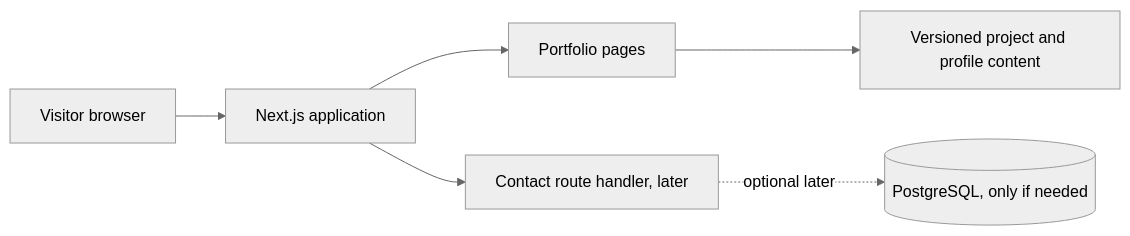
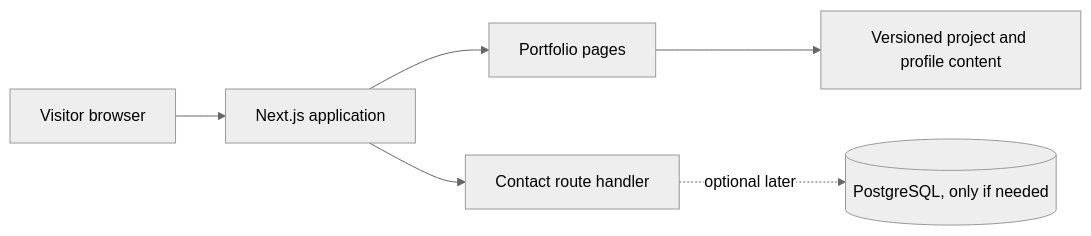
The first of 2 diagrams in docs/ARCHITECTURE.md (DAKUsir/My_portfolio), drawn with Mermaid (neutral theme) before and after one commit. The commit also changed other lines of this file and 7 other files, not shown here.

````diff
--- a/docs/ARCHITECTURE.md
+++ b/docs/ARCHITECTURE.md
@@ -7,8 +7,8 @@
 ```mermaid
 flowchart LR
   Visitor[Visitor browser] --> Web[Next.js application]
   Web --> Pages[Portfolio pages]
-  Web --> Contact[Contact route handler, later]
+  Web --> Contact[Contact route handler]
   Pages --> Content[Versioned project and profile content]
   Contact -. optional later .-> Store[(PostgreSQL, only if needed)]
 ```
````
